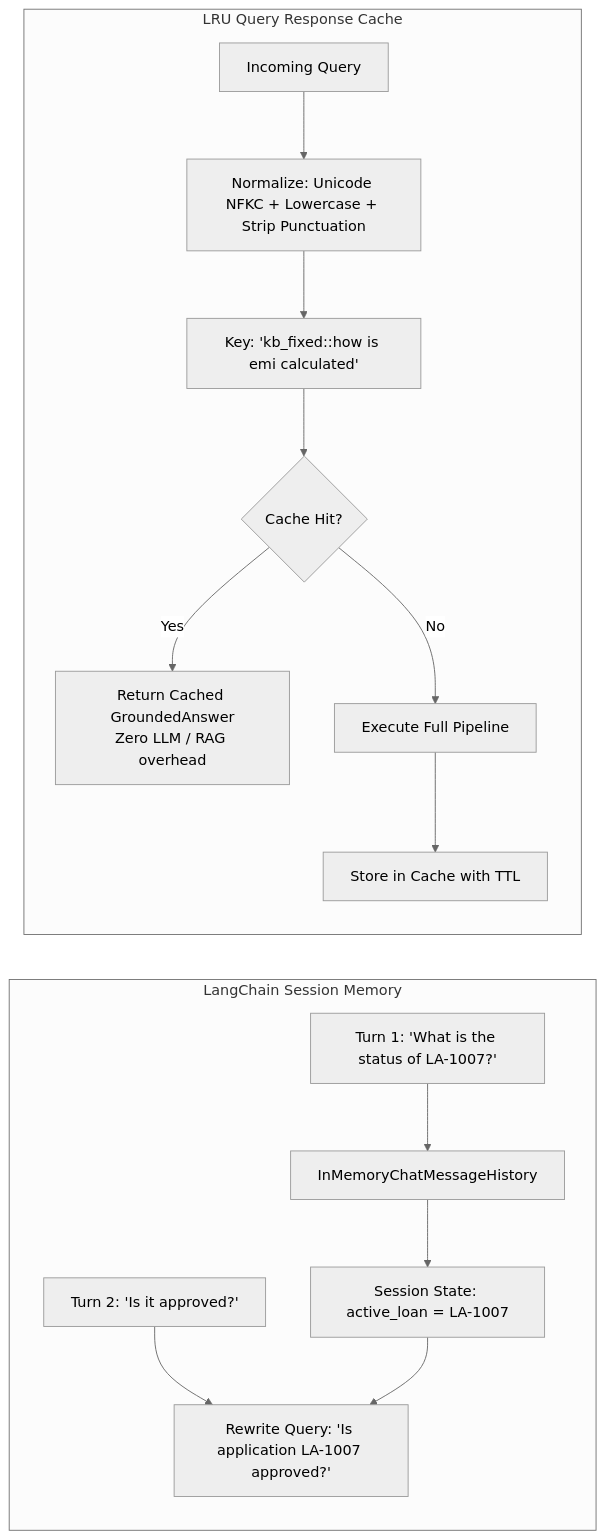
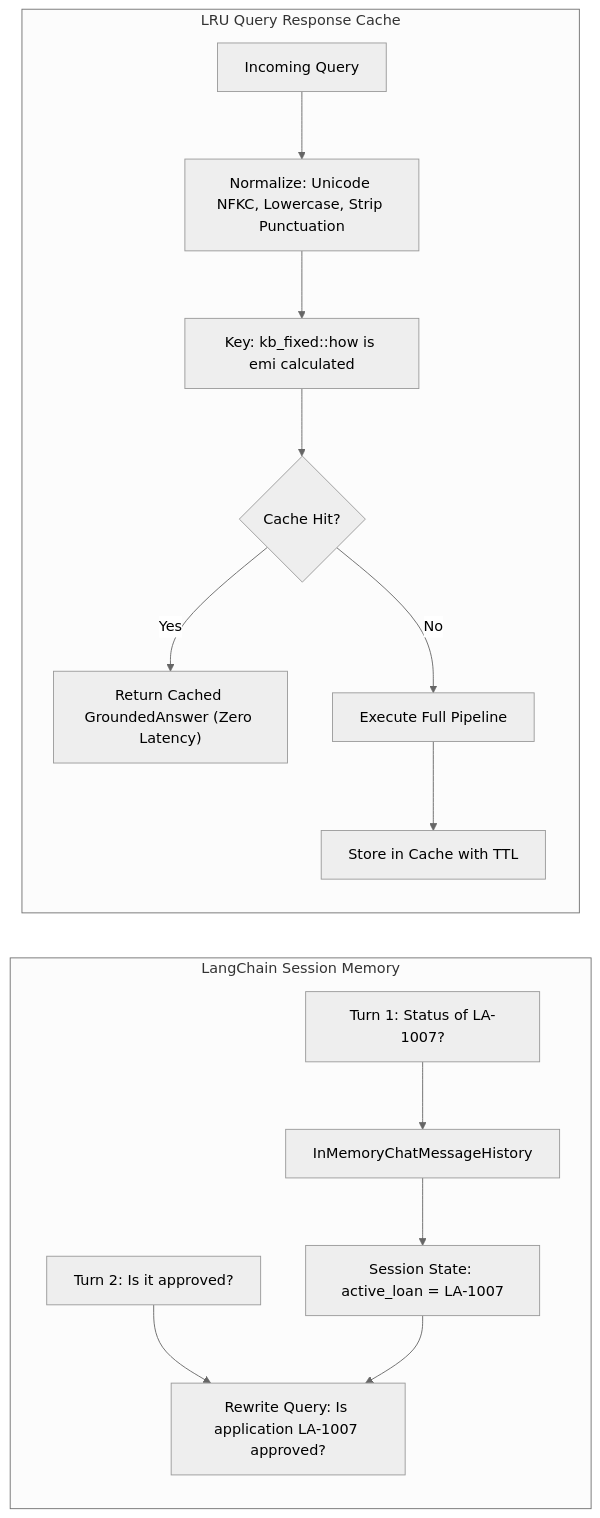
The eighth of 8 diagrams in architecture.md (vidya-sagar-cx/credobot), drawn with Mermaid (neutral theme) before and after one commit. The commit also changed other lines of this file and 2 other files, not shown here.

Commit message:
docs: fix LaTeX math underscore rendering and Mermaid diagram parsing syntax

````diff
--- a/architecture.md
+++ b/architecture.md
@@ -292,18 +296,18 @@
 ```mermaid
 flowchart LR
     subgraph MemoryLayer["LangChain Session Memory"]
-        Turn1["Turn 1: 'What is the status of LA-1007?'"] --> Store[InMemoryChatMessageHistory]
-        Store --> State[Session State: active_loan = LA-1007]
-        Turn2["Turn 2: 'Is it approved?'"] --> Resolve[Rewrite Query: 'Is application LA-1007 approved?']
+        Turn1["Turn 1: Status of LA-1007?"] --> Store["InMemoryChatMessageHistory"]
+        Store --> State["Session State: active_loan = LA-1007"]
+        Turn2["Turn 2: Is it approved?"] --> Resolve["Rewrite Query: Is application LA-1007 approved?"]
         State --> Resolve
     end
 
     subgraph CacheLayer["LRU Query Response Cache"]
-        Incoming["Incoming Query"] --> Norm[Normalize: Unicode NFKC + Lowercase + Strip Punctuation]
-        Norm --> KeyGen["Key: 'kb_fixed::how is emi calculated'"]
-        KeyGen --> CacheCheck{Cache Hit?}
-        CacheCheck -->|Yes| InstantReturn[Return Cached GroundedAnswer<br/>Zero LLM / RAG overhead]
-        CacheCheck -->|No| ExecRAG[Execute Full Pipeline]
-        ExecRAG --> SetCache[Store in Cache with TTL]
+        Incoming["Incoming Query"] --> Norm["Normalize: Unicode NFKC, Lowercase, Strip Punctuation"]
+        Norm --> KeyGen["Key: kb_fixed::how is emi calculated"]
+        KeyGen --> CacheCheck{"Cache Hit?"}
+        CacheCheck -->|"Yes"| InstantReturn["Return Cached GroundedAnswer (Zero Latency)"]
+        CacheCheck -->|"No"| ExecRAG["Execute Full Pipeline"]
+        ExecRAG --> SetCache["Store in Cache with TTL"]
     end
 ```
````
